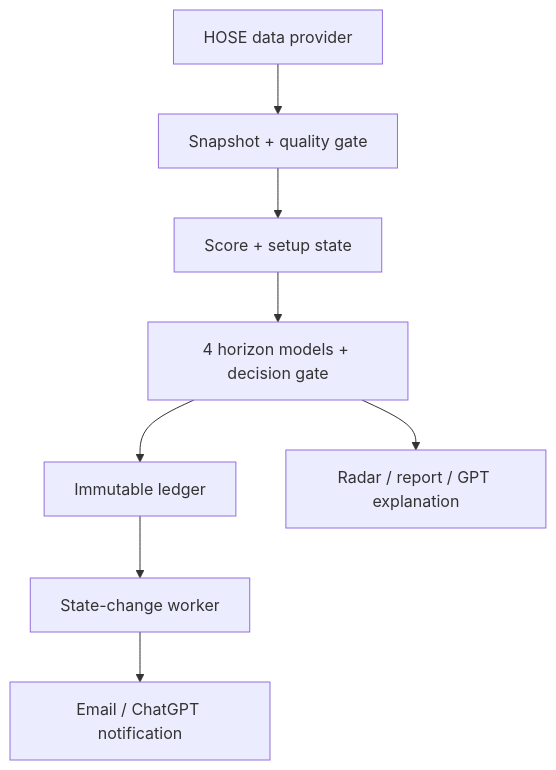
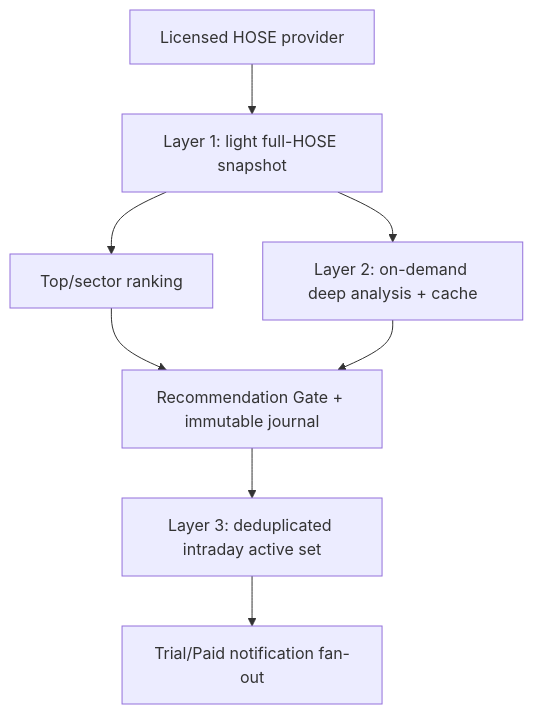
One commit to nguyenlinhns-arch/stockradar changed the diagram in docs/ARCHITECTURE.md. Above: the diagram before and after it, drawn with Mermaid. The commit also changed other lines of this file and 82 other files, not shown here.

Commit message:
Implement StockRadar V2.1.2 lookup, journal and personalization

````diff
--- a/docs/ARCHITECTURE.md
+++ b/docs/ARCHITECTURE.md
@@ -3,10 +3,10 @@
 ```mermaid
 flowchart TD
-    A["HOSE data provider"] --> B["Snapshot + quality gate"]
-    B --> C["Score + setup state"]
-    C --> D["4 horizon models + decision gate"]
-    D --> E["Immutable ledger"]
-    D --> F["Radar / report / GPT explanation"]
-    E --> G["State-change worker"]
-    G --> H["Email / ChatGPT notification"]
+    A["Licensed HOSE provider"] --> B["Layer 1: light full-HOSE snapshot"]
+    B --> C["Top/sector ranking"]
+    B --> D["Layer 2: on-demand deep analysis + cache"]
+    C --> E["Recommendation Gate + immutable journal"]
+    D --> E
+    E --> F["Layer 3: deduplicated intraday active set"]
+    F --> G["Trial/Paid notification fan-out"]
 ```
````
